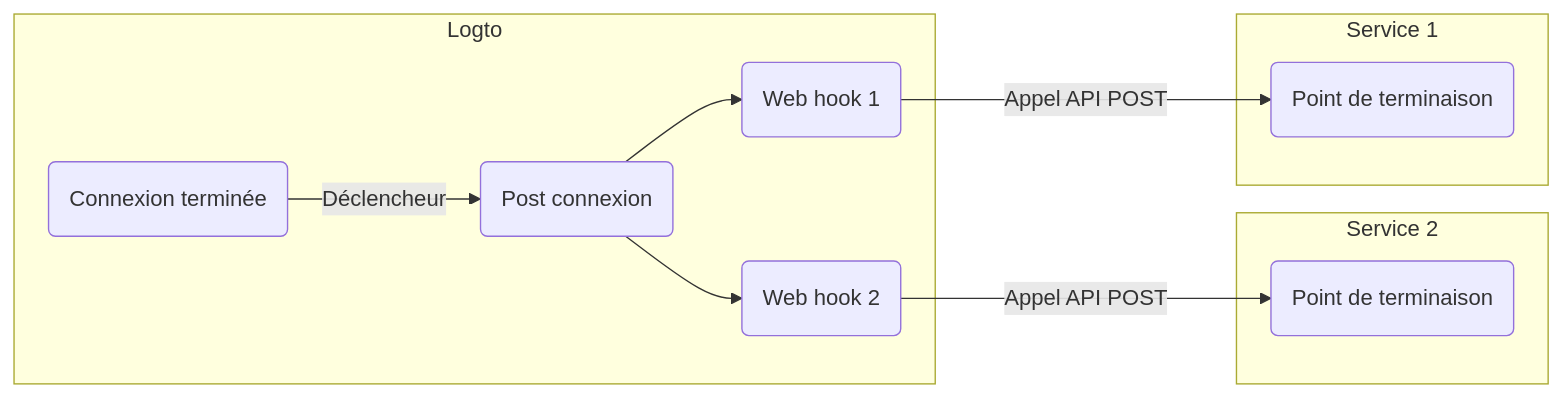
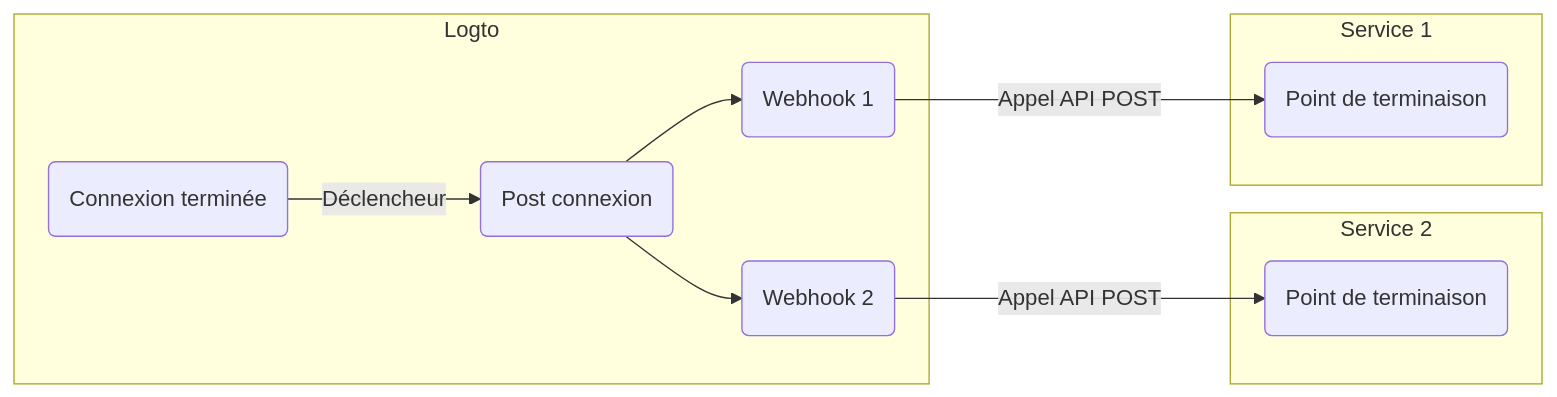
Before and after one commit to logto-io/docs: the diagram in i18n/fr/docusaurus-plugin-content-docs/current/developers/webhooks/README.mdx, drawn with Mermaid. The commit also changed other lines of this file and 666 other files, not shown here.

````diff
--- a/i18n/fr/docusaurus-plugin-content-docs/current/developers/webhooks/README.mdx
+++ b/i18n/fr/docusaurus-plugin-content-docs/current/developers/webhooks/README.mdx
@@ -36,24 +36,24 @@
 ```mermaid
 graph LR
   subgraph Logto
     SF(Connexion terminée)
     PS(Post connexion)
-    WH2(Web hook 2)
-    WH1(Web hook 1)
+    WH2(Webhook 2)
+    WH1(Webhook 1)
   end
 
   subgraph Service 2
     E2(Point de terminaison)
   end
 
   subgraph Service 1
     E1(Point de terminaison)
   end
 
   SF -->|Déclencheur| PS
   PS --> WH1
   PS --> WH2
   WH1 --->|Appel API POST| E1
   WH2 --->|Appel API POST| E2
 
 ```
````
